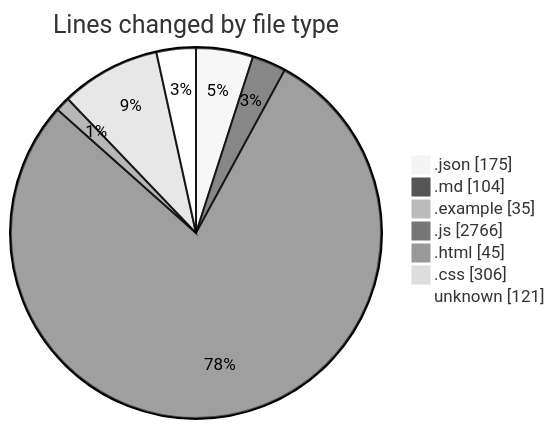
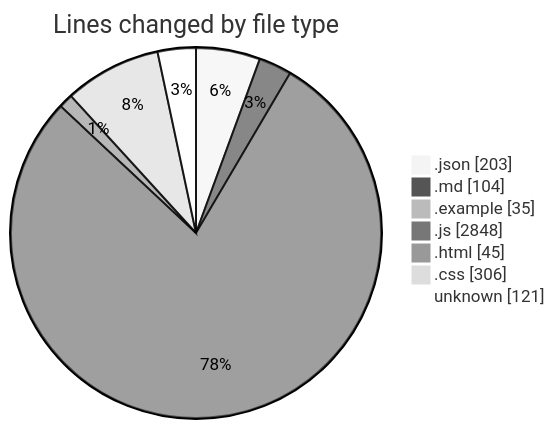
One commit to lephambinh05/code-tracking changed the first of 2 diagrams in 2025-08-05/napxuvn/README.md. Above: the diagram before and after it, drawn with Mermaid (neutral theme). The commit also changed other lines of this file and 1 other file, not shown here.

````diff
--- a/2025-08-05/napxuvn/README.md
+++ b/2025-08-05/napxuvn/README.md
@@ -42,11 +45,11 @@
 ```mermaid
 pie showData
 title Lines changed by file type
-".json" : 175
+".json" : 203
 ".md" : 104
 ".example" : 35
-".js" : 2766
+".js" : 2848
 ".html" : 45
 ".css" : 306
 "unknown" : 121
 ```
````
